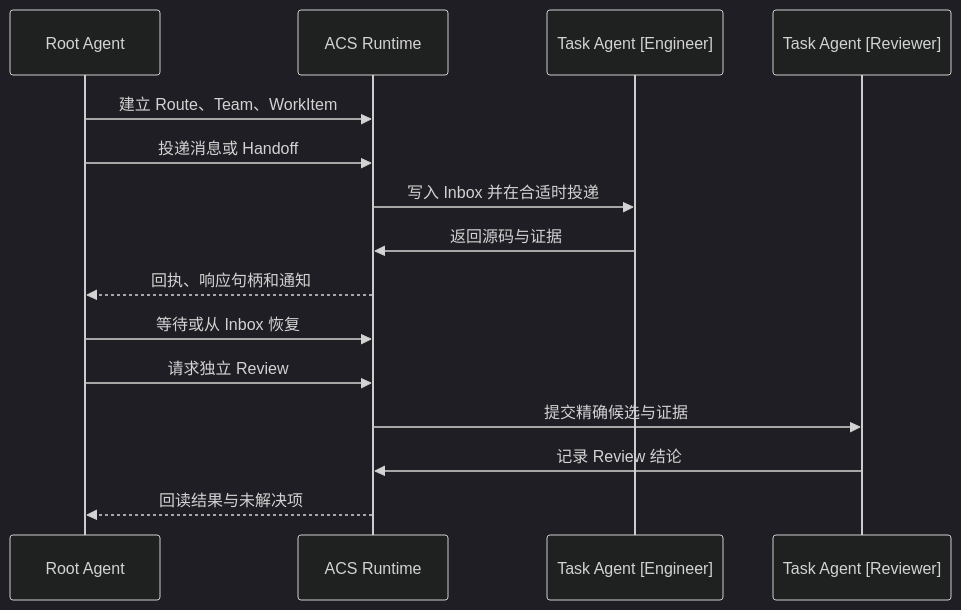
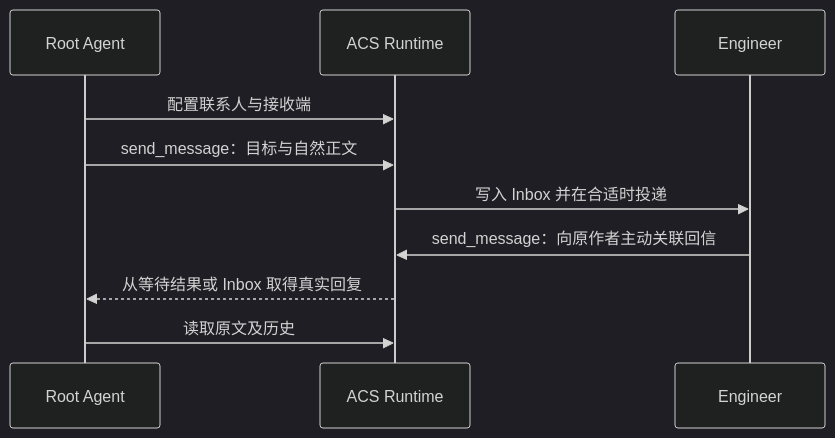
The third of 3 diagrams in README.zh-CN.md (D1ChangGeng/Agent-collaboration), drawn with Mermaid (dark theme) before and after one commit. The commit also changed other lines of this file and 40 other files, not shown here.

````diff
--- a/README.zh-CN.md
+++ b/README.zh-CN.md
@@ -95,17 +98,12 @@
 ```mermaid
 sequenceDiagram
     participant R as Root Agent
     participant C as ACS Runtime
-    participant E as Task Agent [Engineer]
-    participant V as Task Agent [Reviewer]
-    R->>C: 建立 Route、Team、WorkItem
-    R->>C: 投递消息或 Handoff
+    participant E as Engineer
+    R->>C: 配置联系人与接收端
+    R->>C: send_message：目标与自然正文
     C->>E: 写入 Inbox 并在合适时投递
-    E->>C: 返回源码与证据
-    C-->>R: 回执、响应句柄和通知
-    R->>C: 等待或从 Inbox 恢复
-    R->>C: 请求独立 Review
-    C->>V: 提交精确候选与证据
-    V->>C: 记录 Review 结论
-    C-->>R: 回读结果与未解决项
+    E->>C: send_message：向原作者主动关联回信
+    C-->>R: 从等待结果或 Inbox 取得真实回复
+    R->>C: 读取原文及历史
 ```
````
